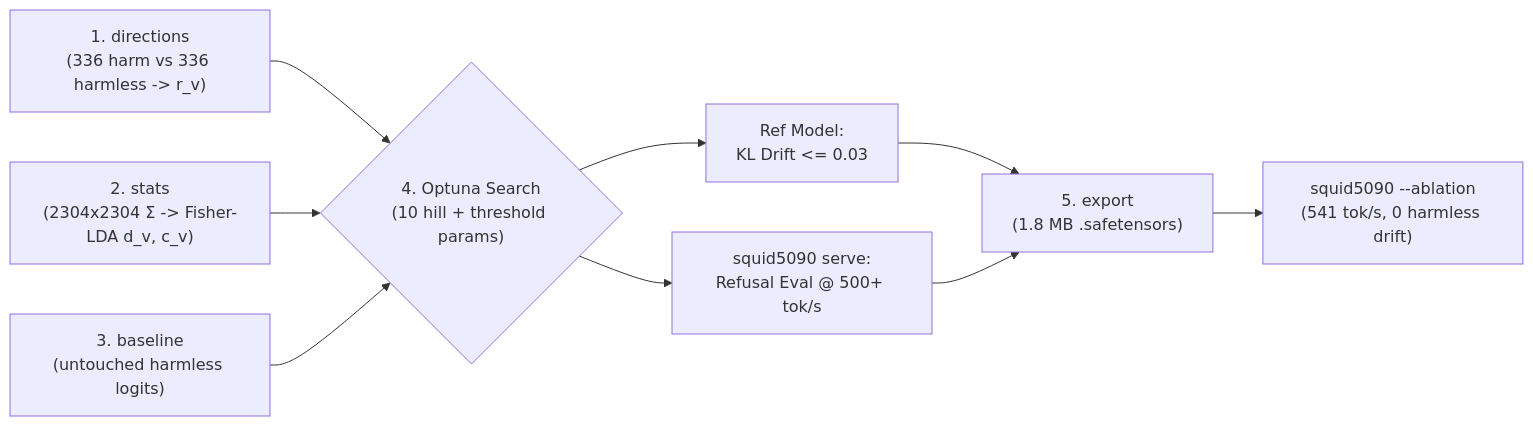
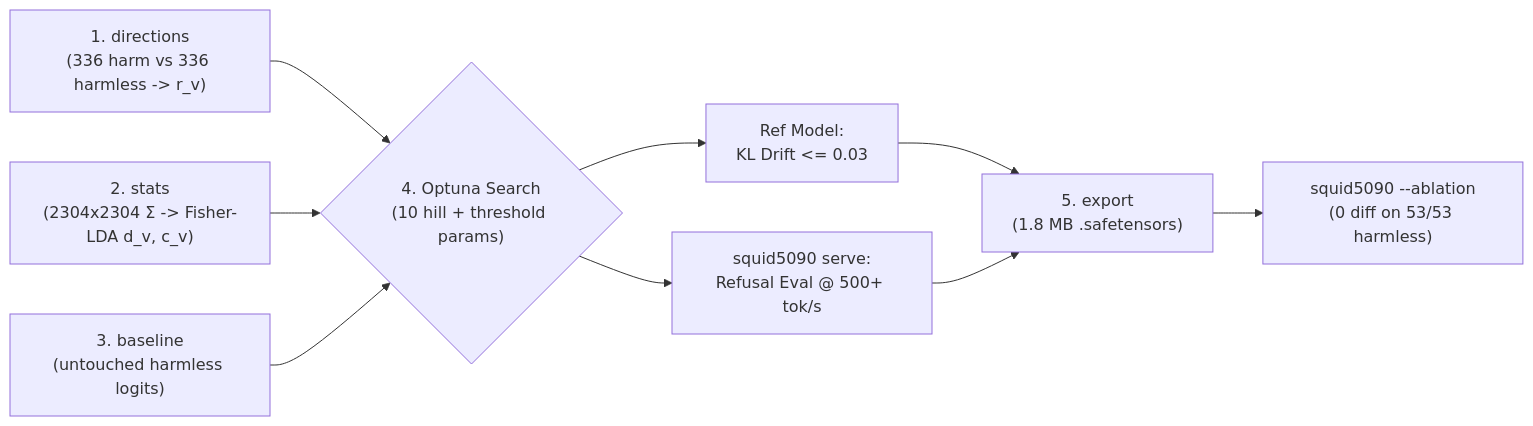
The second of 2 diagrams in LITE.md (Sh1d0w/squid5090), drawn with Mermaid before and after one commit. The commit also changed other lines of this file and 24 other files, not shown here.

````diff
--- a/LITE.md
+++ b/LITE.md
@@ -286,11 +288,11 @@
 ```mermaid
 flowchart LR
     D["1. directions<br/>(336 harm vs 336 harmless -> r_v)"] --> OPT
     S["2. stats<br/>(2304x2304 Σ -> Fisher-LDA d_v, c_v)"] --> OPT
     B["3. baseline<br/>(untouched harmless logits)"] --> OPT
     OPT{"4. Optuna Search<br/>(10 hill + threshold params)"} --> KL["Ref Model:<br/>KL Drift <= 0.03"]
     OPT --> EV["squid5090 serve:<br/>Refusal Eval @ 500+ tok/s"]
     KL --> EXP["5. export<br/>(1.8 MB .safetensors)"]
     EV --> EXP
-    EXP --> SRV["squid5090 --ablation<br/>(541 tok/s, 0 harmless drift)"]
+    EXP --> SRV["squid5090 --ablation<br/>(0 diff on 53/53 harmless)"]
 ```
````
